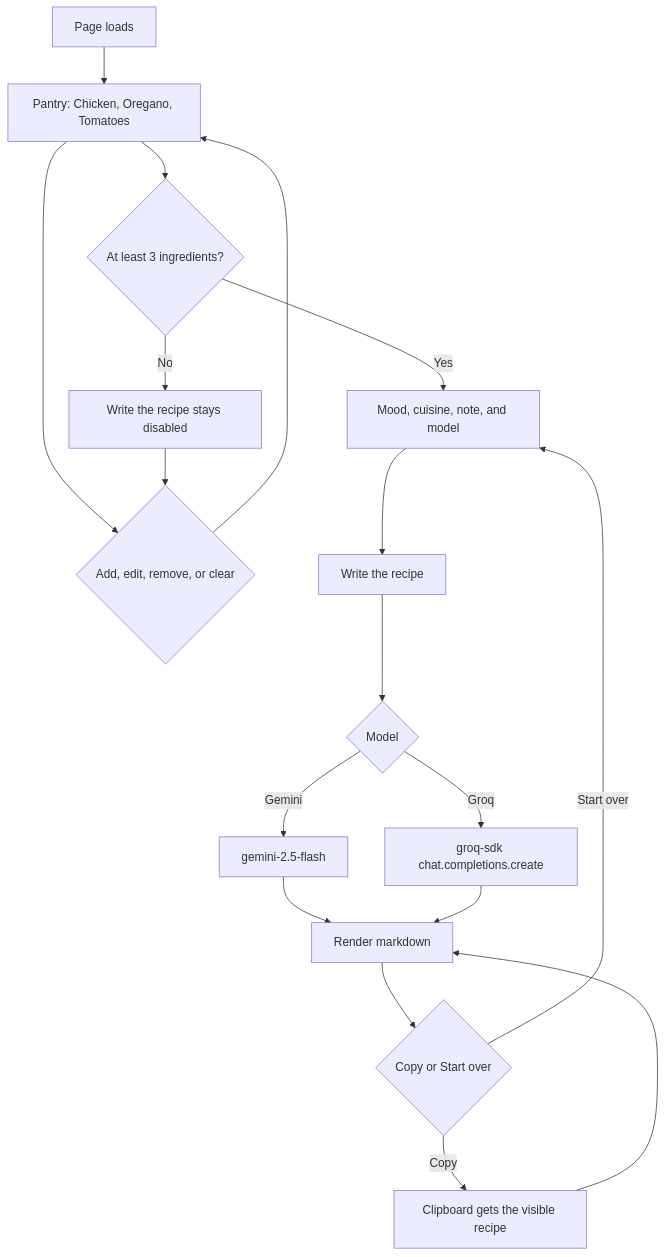
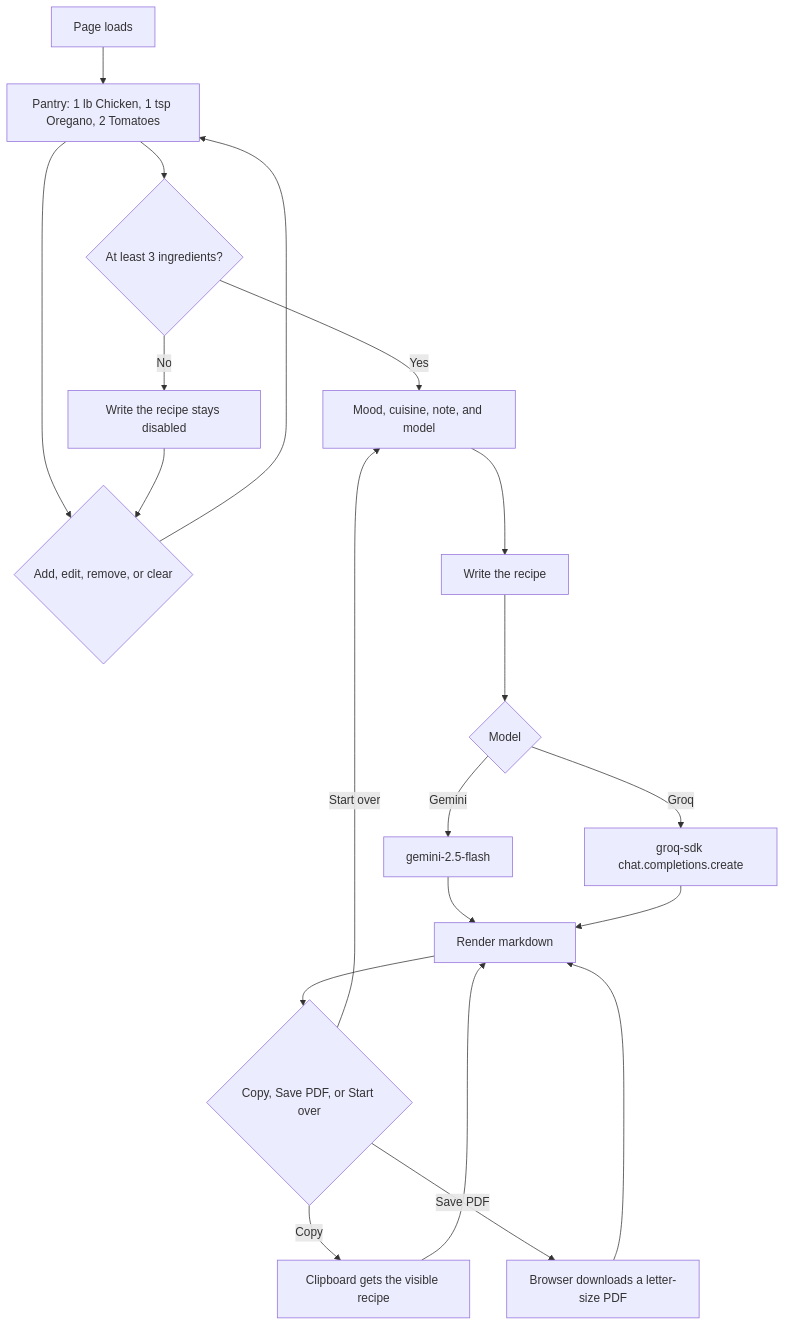
Before and after one commit to baldemoussa/AI-cooking-assistant: the third of 3 diagrams in documentation.md, drawn with Mermaid. The commit also changed other lines of this file and 9 other files, not shown here.

````diff
--- a/documentation.md
+++ b/documentation.md
@@ -69,20 +69,22 @@
 ```mermaid
 flowchart TD
-  start[Page loads] --> pantry[Pantry: Chicken, Oregano, Tomatoes]
+  start[Page loads] --> pantry[Pantry: 1 lb Chicken, 1 tsp Oregano, 2 Tomatoes]
   pantry --> edit{Add, edit, remove, or clear}
   edit --> pantry
   pantry --> ready{At least 3 ingredients?}
   ready -->|No| locked[Write the recipe stays disabled]
   locked --> edit
   ready -->|Yes| choices[Mood, cuisine, note, and model]
   choices --> write[Write the recipe]
   write --> which{Model}
   which -->|Gemini| gemini[gemini-2.5-flash]
   which -->|Groq| groq["groq-sdk chat.completions.create"]
   gemini --> show[Render markdown]
   groq --> show
-  show --> after{Copy or Start over}
+  show --> after{Copy, Save PDF, or Start over}
   after -->|Copy| clipboard[Clipboard gets the visible recipe]
+  after -->|Save PDF| pdf[Browser downloads a letter-size PDF]
   after -->|Start over| choices
   clipboard --> show
+  pdf --> show
 ```
````
